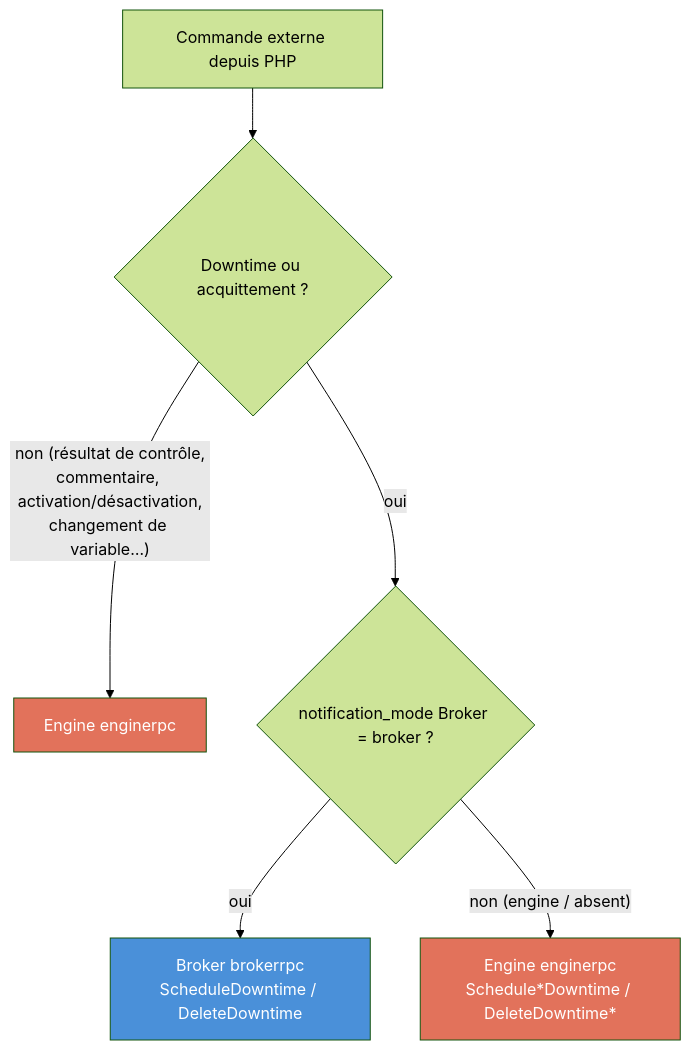
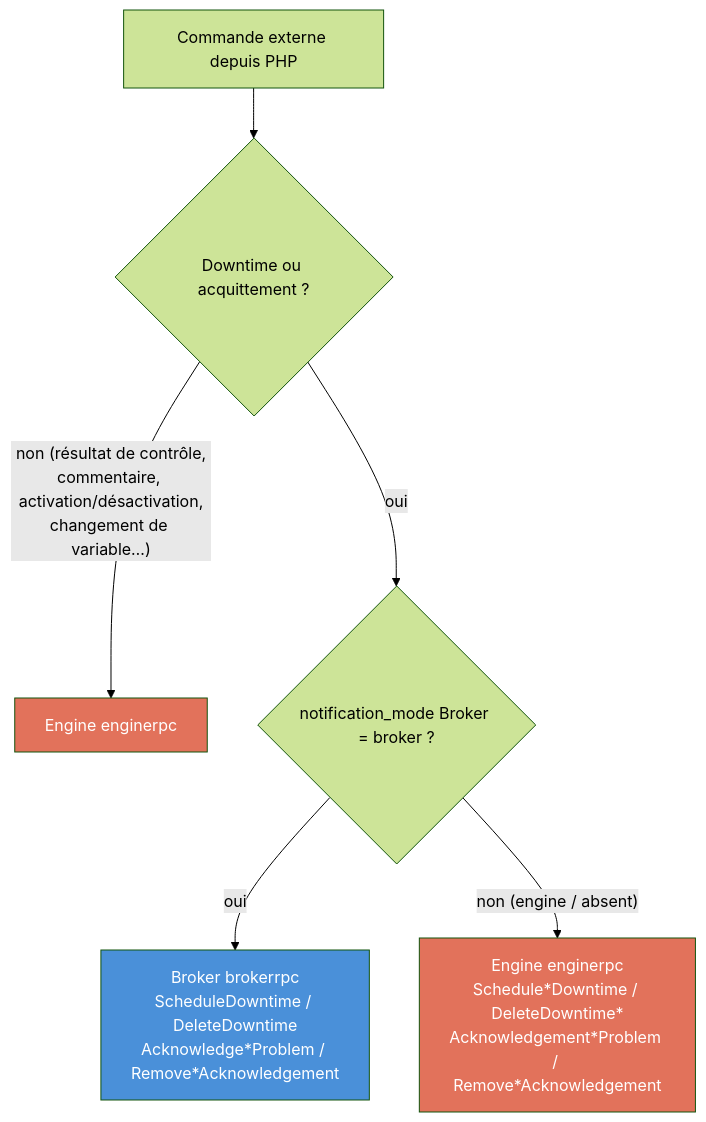
Before and after one commit to centreon/centreon-collect: the diagram in doc/php-evolutions-fr.md, drawn with Mermaid (forest theme). The commit also changed other lines of this file and 5 other files, not shown here.

````diff
--- a/doc/php-evolutions-fr.md
+++ b/doc/php-evolutions-fr.md
@@ -225,12 +233,12 @@
 ```mermaid
 flowchart TD
     classDef engine fill:#e2725b,color:#fff;
     classDef broker fill:#4a90d9,color:#fff;
 
     CMD["Commande externe depuis PHP"]
     CMD --> Q1{"Downtime ou acquittement ?"}
     Q1 -- "non (résultat de contrôle,<br/>commentaire, activation/désactivation,<br/>changement de variable…)" --> ENG["Engine enginerpc"]:::engine
     Q1 -- "oui" --> Q2{"notification_mode Broker = broker ?"}
-    Q2 -- "oui" --> BRK["Broker brokerrpc<br/>ScheduleDowntime / DeleteDowntime"]:::broker
-    Q2 -- "non (engine / absent)" --> ENG2["Engine enginerpc<br/>Schedule*Downtime / DeleteDowntime*"]:::engine
+    Q2 -- "oui" --> BRK["Broker brokerrpc<br/>ScheduleDowntime / DeleteDowntime<br/>Acknowledge*Problem / Remove*Acknowledgement"]:::broker
+    Q2 -- "non (engine / absent)" --> ENG2["Engine enginerpc<br/>Schedule*Downtime / DeleteDowntime*<br/>Acknowledgement*Problem / Remove*Acknowledgement"]:::engine
 ```
````
